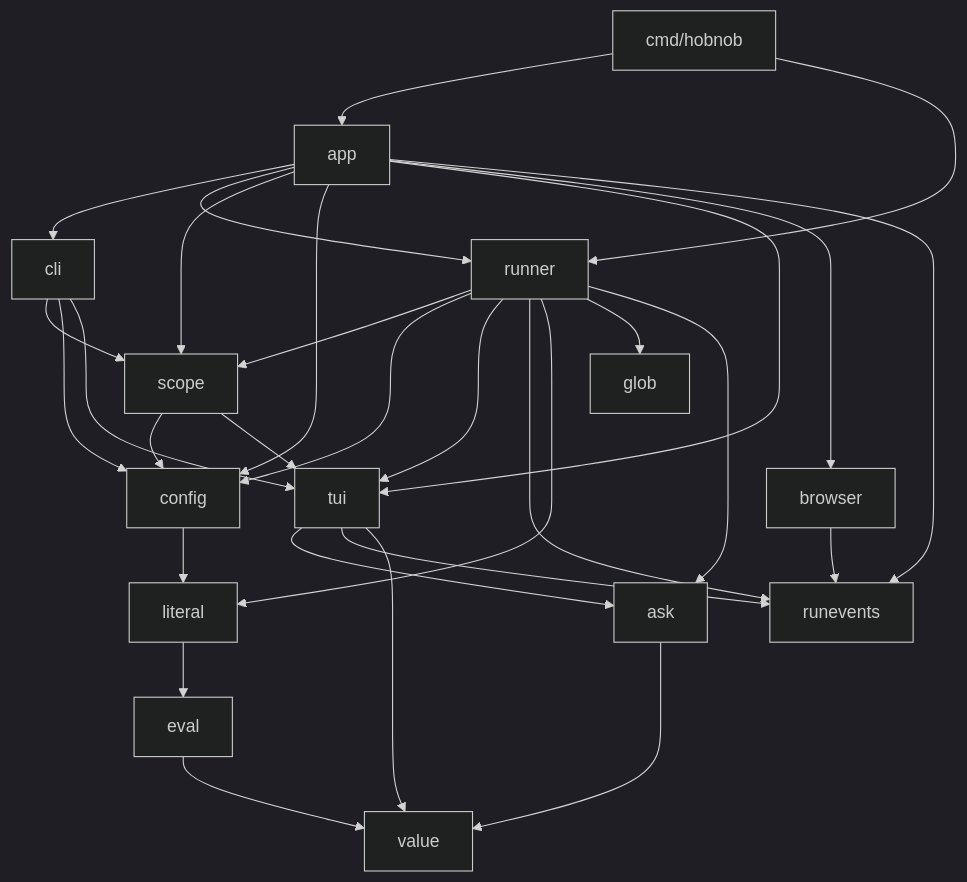
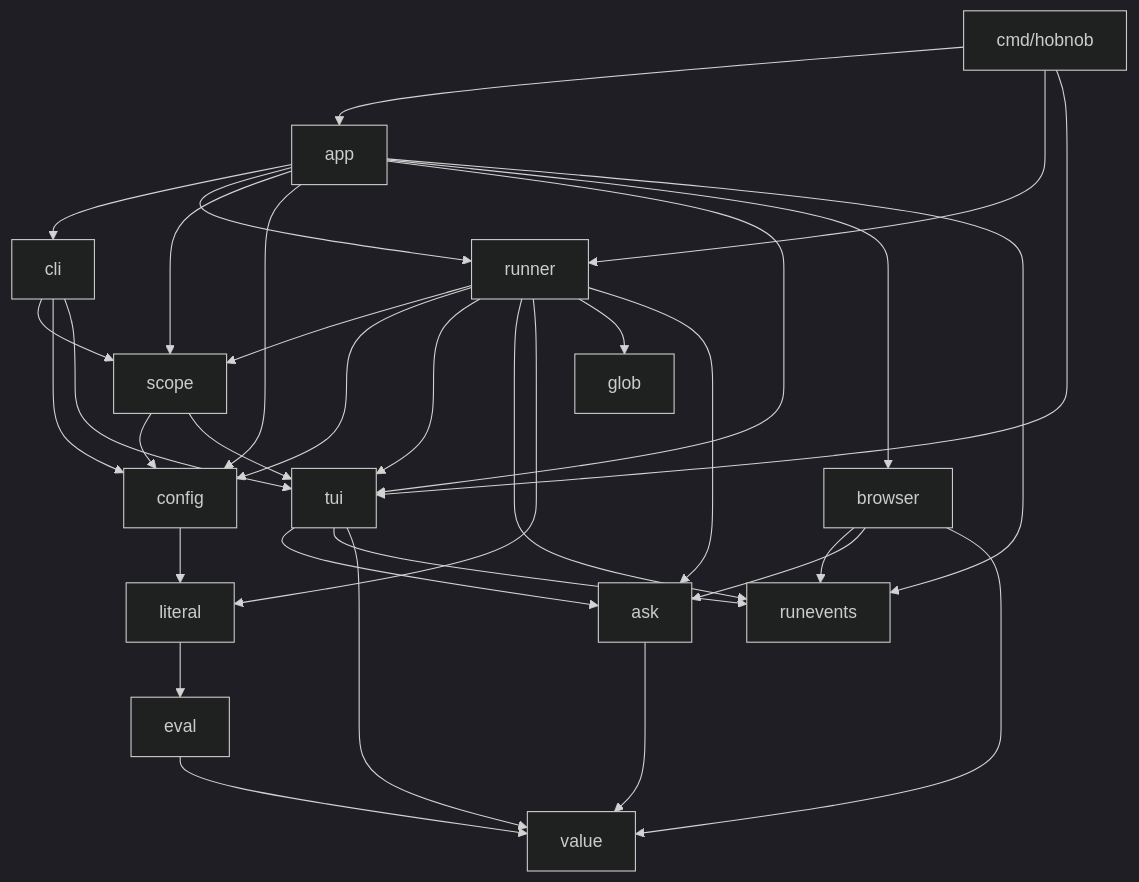
The first of 7 diagrams in ARCHITECTURE.md (JakesMD/hobnob), drawn with Mermaid (dark theme) before and after one commit. The commit also changed other lines of this file, not shown here.

Commit message:
Make the import graph and the event-stream invariant match the code

````diff
--- a/ARCHITECTURE.md
+++ b/ARCHITECTURE.md
@@ -113,32 +116,35 @@
 ```mermaid
 flowchart TD
     cmd[cmd/hobnob] --> app
     cmd --> runner
+    cmd --> tui
     app --> cli
     app --> runner
     app --> scope
     app --> config
     app --> tui
     app --> browser
     cli --> scope
     cli --> config
     cli --> tui
     runner --> scope
     runner --> config
     runner --> tui
     runner --> runevents
     runner --> literal
     runner --> glob
     runner --> ask
     tui --> ask
     ask --> value
     scope --> config
     scope --> tui
     app --> runevents
     tui --> runevents
     browser --> runevents
+    browser --> ask
+    browser --> value
     config --> literal
     literal --> eval
     eval --> value
     tui --> value
 ```
````
